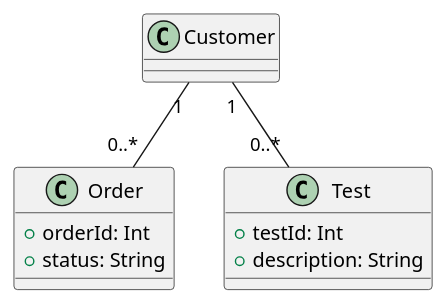
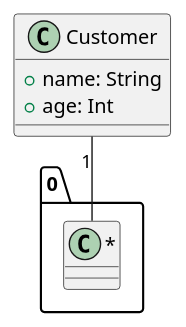
The diagram in docs/test-diagram.puml (Haibrosh/OOAD_PlantUML_CICD), drawn with PlantUML before and after one commit.

```diff
--- a/docs/test-diagram.puml
+++ b/docs/test-diagram.puml
@@ -1,17 +1,10 @@
 @startuml
 
-class Order {
-    +orderId: Int
-    +status: String
+class Customer {
+    +name: String
+    +age: Int
 }
 
-class Test {
-    +testId: Int
-    +description: String
-}
-
-Customer "1" -- "0..*" Order
-Customer "1" -- "0..*" Test
-
+Customer "1" -- "0..*" 
 
 @enduml
```
